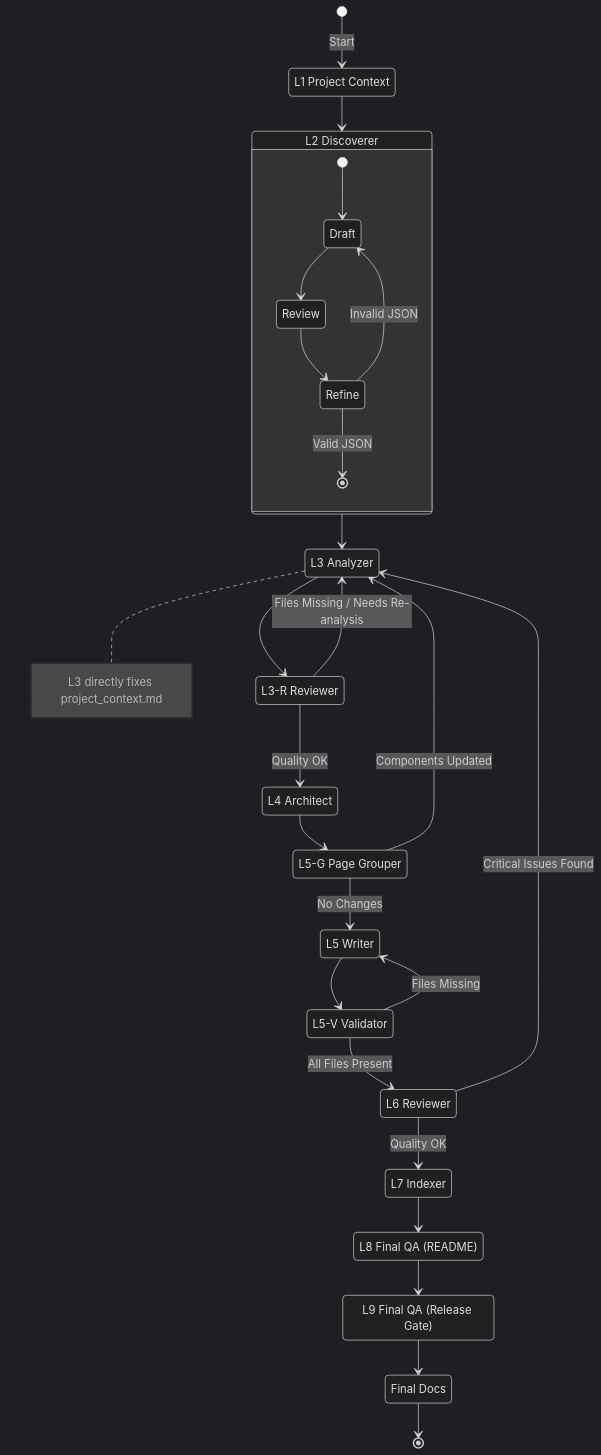
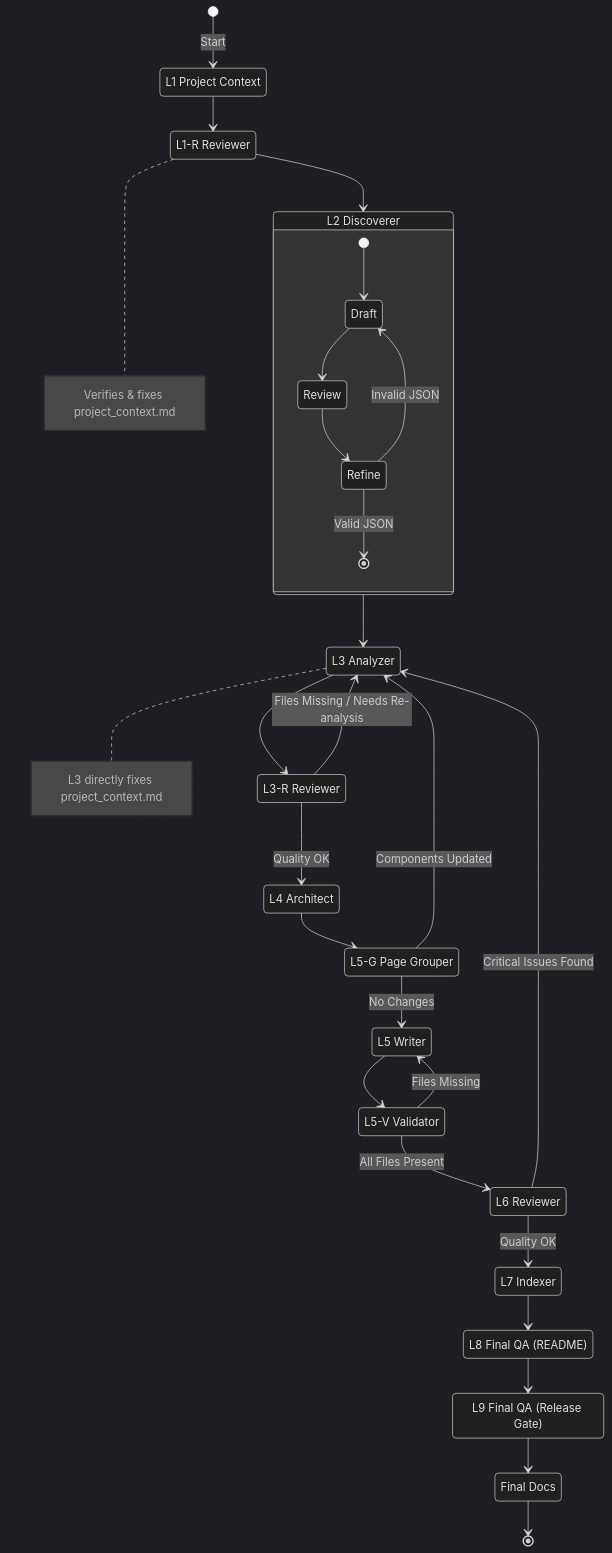
Before and after one commit to ifapmzadu6/vscode-copilot-deepwiki-extention: the diagram in README.md, drawn with Mermaid (dark theme). The commit also changed other lines of this file and 3 other files, not shown here.

First line of the commit message:
feat: add L1 project context verification step in L4 Architect (#159)

````diff
--- a/README.md
+++ b/README.md
@@ -23,50 +23,53 @@
 ```mermaid
 stateDiagram-v2
     [*] --> L1: Start
 
     L1: L1 Project Context
+    L1R: L1-R Reviewer
     L2: L2 Discoverer
     L3: L3 Analyzer
     L3R: L3-R Reviewer
     L4: L4 Architect
     L5G: L5-G Page Grouper
     L5: L5 Writer
     L5V: L5-V Validator
     L6: L6 Reviewer
     L7: L7 Indexer
     L8: L8 Final QA (README)
     L9: L9 Final QA (Release Gate)
     Done: Final Docs
 
-    L1 --> L2
+    L1 --> L1R
+    note right of L1R : Verifies & fixes project_context.md
+    L1R --> L2
 
     state L2 {
         [*] --> Draft
         Draft --> Review
         Review --> Refine
         Refine --> [*]: Valid JSON
         Refine --> Draft: Invalid JSON
     }
 
     L2 --> L3
 
     note right of L3 : L3 directly fixes project_context.md
     L3 --> L3R
     L3R --> L3: Files Missing / Needs Re-analysis
     L3R --> L4: Quality OK
 
     L4 --> L5G
     L5G --> L3: Components Updated
     L5G --> L5: No Changes
     L5 --> L5V
     L5V --> L5: Files Missing
     L5V --> L6: All Files Present
 
     L6 --> L3: Critical Issues Found
     L6 --> L7: Quality OK
 
     L7 --> L8
     L8 --> L9
     L9 --> Done
     Done --> [*]
 ```
````
